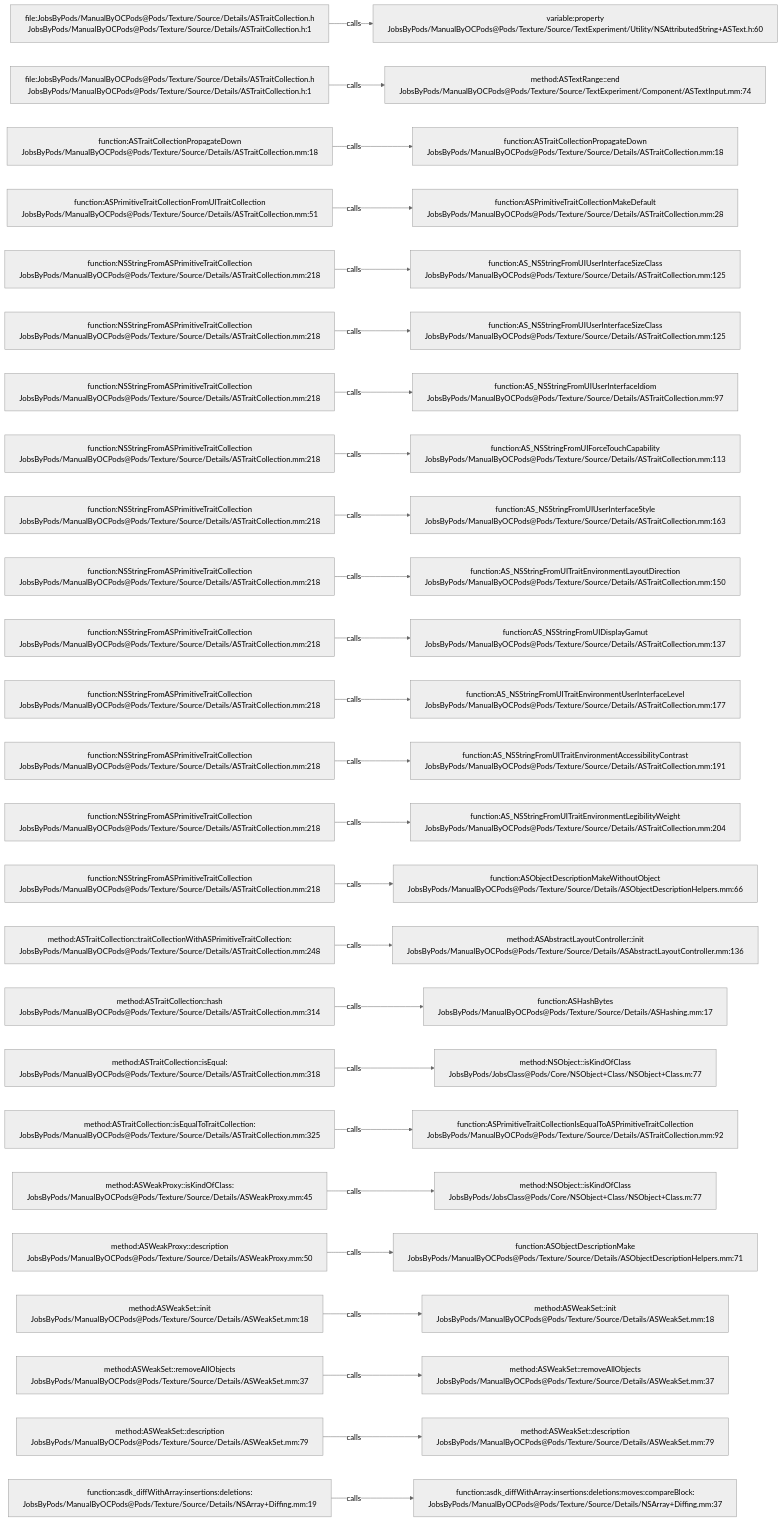
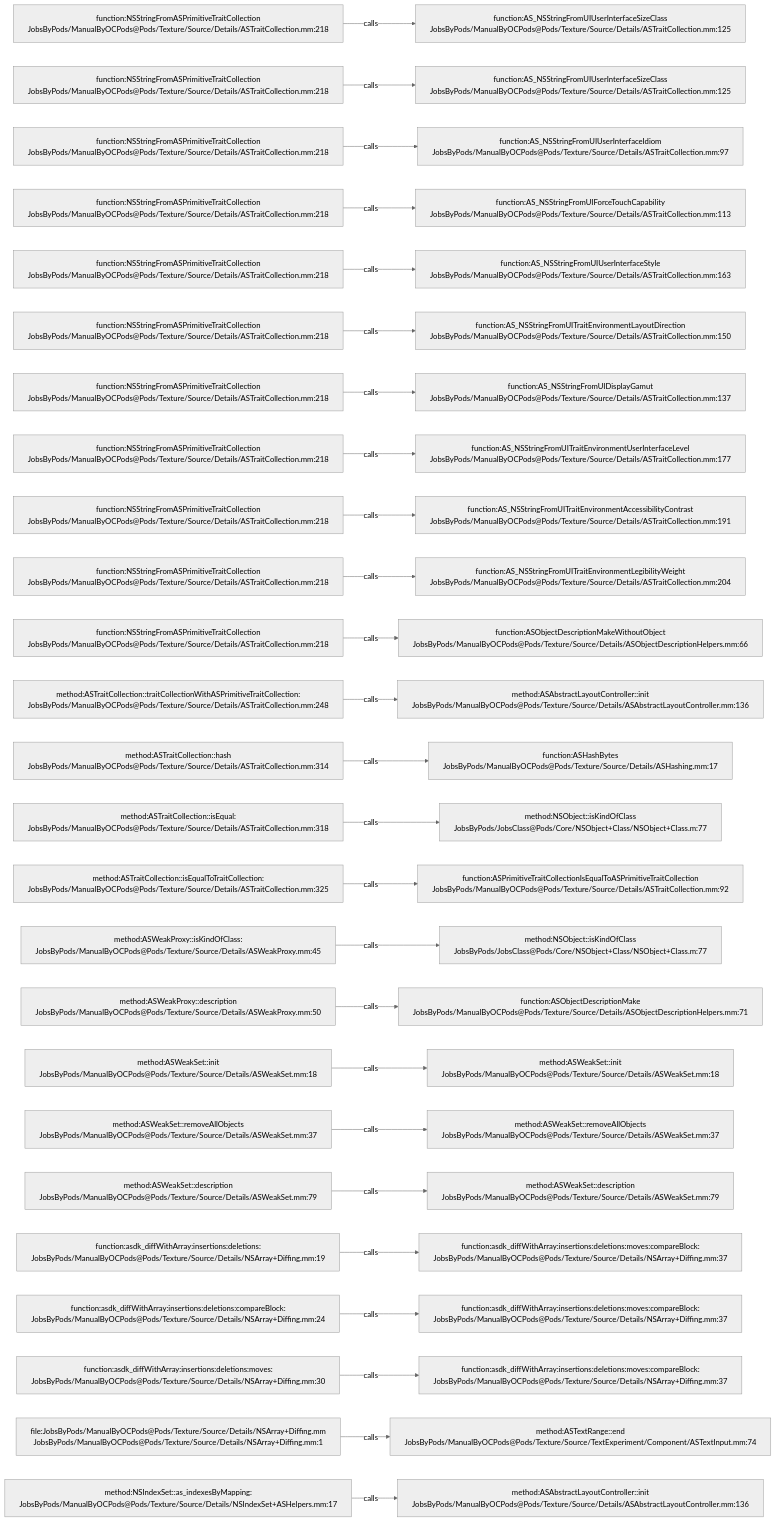
One commit to JobsKits/JobsOCBaseConfigDemo changed the diagram in .codegraph/codegraph.md/graphs/calls-165.md. Above: the diagram before and after it, drawn with Mermaid (neutral theme). The commit also changed 727 other files, not shown here.

````diff
--- a/.codegraph/codegraph.md/graphs/calls-165.md
+++ b/.codegraph/codegraph.md/graphs/calls-165.md
@@ -13,78 +13,78 @@
 ```mermaid
 flowchart LR
-  S1["file:JobsByPods/ManualByOCPods@Pods/Texture/Source/Details/ASTraitCollection.h<br/>JobsByPods/ManualByOCPods@Pods/Texture/Source/Details/ASTraitCollection.h:1"]
-  T1["variable:property<br/>JobsByPods/ManualByOCPods@Pods/Texture/Source/TextExperiment/Utility/NSAttributedString+ASText.h:60"]
+  S1["function:NSStringFromASPrimitiveTraitCollection<br/>JobsByPods/ManualByOCPods@Pods/Texture/Source/Details/ASTraitCollection.mm:218"]
+  T1["function:AS_NSStringFromUIUserInterfaceSizeClass<br/>JobsByPods/ManualByOCPods@Pods/Texture/Source/Details/ASTraitCollection.mm:125"]
   S1 -->|calls| T1
-  S2["file:JobsByPods/ManualByOCPods@Pods/Texture/Source/Details/ASTraitCollection.h<br/>JobsByPods/ManualByOCPods@Pods/Texture/Source/Details/ASTraitCollection.h:1"]
-  T2["method:ASTextRange::end<br/>JobsByPods/ManualByOCPods@Pods/Texture/Source/TextExperiment/Component/ASTextInput.mm:74"]
+  S2["function:NSStringFromASPrimitiveTraitCollection<br/>JobsByPods/ManualByOCPods@Pods/Texture/Source/Details/ASTraitCollection.mm:218"]
+  T2["function:AS_NSStringFromUIUserInterfaceSizeClass<br/>JobsByPods/ManualByOCPods@Pods/Texture/Source/Details/ASTraitCollection.mm:125"]
   S2 -->|calls| T2
-  S3["function:ASTraitCollectionPropagateDown<br/>JobsByPods/ManualByOCPods@Pods/Texture/Source/Details/ASTraitCollection.mm:18"]
-  T3["function:ASTraitCollectionPropagateDown<br/>JobsByPods/ManualByOCPods@Pods/Texture/Source/Details/ASTraitCollection.mm:18"]
+  S3["function:NSStringFromASPrimitiveTraitCollection<br/>JobsByPods/ManualByOCPods@Pods/Texture/Source/Details/ASTraitCollection.mm:218"]
+  T3["function:AS_NSStringFromUIUserInterfaceIdiom<br/>JobsByPods/ManualByOCPods@Pods/Texture/Source/Details/ASTraitCollection.mm:97"]
   S3 -->|calls| T3
-  S4["function:ASPrimitiveTraitCollectionFromUITraitCollection<br/>JobsByPods/ManualByOCPods@Pods/Texture/Source/Details/ASTraitCollection.mm:51"]
-  T4["function:ASPrimitiveTraitCollectionMakeDefault<br/>JobsByPods/ManualByOCPods@Pods/Texture/Source/Details/ASTraitCollection.mm:28"]
+  S4["function:NSStringFromASPrimitiveTraitCollection<br/>JobsByPods/ManualByOCPods@Pods/Texture/Source/Details/ASTraitCollection.mm:218"]
+  T4["function:AS_NSStringFromUIForceTouchCapability<br/>JobsByPods/ManualByOCPods@Pods/Texture/Source/Details/ASTraitCollection.mm:113"]
   S4 -->|calls| T4
   S5["function:NSStringFromASPrimitiveTraitCollection<br/>JobsByPods/ManualByOCPods@Pods/Texture/Source/Details/ASTraitCollection.mm:218"]
-  T5["function:AS_NSStringFromUIUserInterfaceSizeClass<br/>JobsByPods/ManualByOCPods@Pods/Texture/Source/Details/ASTraitCollection.mm:125"]
+  T5["function:AS_NSStringFromUIUserInterfaceStyle<br/>JobsByPods/ManualByOCPods@Pods/Texture/Source/Details/ASTraitCollection.mm:163"]
   S5 -->|calls| T5
   S6["function:NSStringFromASPrimitiveTraitCollection<br/>JobsByPods/ManualByOCPods@Pods/Texture/Source/Details/ASTraitCollection.mm:218"]
-  T6["function:AS_NSStringFromUIUserInterfaceSizeClass<br/>JobsByPods/ManualByOCPods@Pods/Texture/Source/Details/ASTraitCollection.mm:125"]
+  T6["function:AS_NSStringFromUITraitEnvironmentLayoutDirection<br/>JobsByPods/ManualByOCPods@Pods/Texture/Source/Details/ASTraitCollection.mm:150"]
   S6 -->|calls| T6
   S7["function:NSStringFromASPrimitiveTraitCollection<br/>JobsByPods/ManualByOCPods@Pods/Texture/Source/Details/ASTraitCollection.mm:218"]
-  T7["function:AS_NSStringFromUIUserInterfaceIdiom<br/>JobsByPods/ManualByOCPods@Pods/Texture/Source/Details/ASTraitCollection.mm:97"]
+  T7["function:AS_NSStringFromUIDisplayGamut<br/>JobsByPods/ManualByOCPods@Pods/Texture/Source/Details/ASTraitCollection.mm:137"]
   S7 -->|calls| T7
   S8["function:NSStringFromASPrimitiveTraitCollection<br/>JobsByPods/ManualByOCPods@Pods/Texture/Source/Details/ASTraitCollection.mm:218"]
-  T8["function:AS_NSStringFromUIForceTouchCapability<br/>JobsByPods/ManualByOCPods@Pods/Texture/Source/Details/ASTraitCollection.mm:113"]
+  T8["function:AS_NSStringFromUITraitEnvironmentUserInterfaceLevel<br/>JobsByPods/ManualByOCPods@Pods/Texture/Source/Details/ASTraitCollection.mm:177"]
   S8 -->|calls| T8
   S9["function:NSStringFromASPrimitiveTraitCollection<br/>JobsByPods/ManualByOCPods@Pods/Texture/Source/Details/ASTraitCollection.mm:218"]
-  T9["function:AS_NSStringFromUIUserInterfaceStyle<br/>JobsByPods/ManualByOCPods@Pods/Texture/Source/Details/ASTraitCollection.mm:163"]
+  T9["function:AS_NSStringFromUITraitEnvironmentAccessibilityContrast<br/>JobsByPods/ManualByOCPods@Pods/Texture/Source/Details/ASTraitCollection.mm:191"]
   S9 -->|calls| T9
   S10["function:NSStringFromASPrimitiveTraitCollection<br/>JobsByPods/ManualByOCPods@Pods/Texture/Source/Details/ASTraitCollection.mm:218"]
-  T10["function:AS_NSStringFromUITraitEnvironmentLayoutDirection<br/>JobsByPods/ManualByOCPods@Pods/Texture/Source/Details/ASTraitCollection.mm:150"]
+  T10["function:AS_NSStringFromUITraitEnvironmentLegibilityWeight<br/>JobsByPods/ManualByOCPods@Pods/Texture/Source/Details/ASTraitCollection.mm:204"]
   S10 -->|calls| T10
   S11["function:NSStringFromASPrimitiveTraitCollection<br/>JobsByPods/ManualByOCPods@Pods/Texture/Source/Details/ASTraitCollection.mm:218"]
-  T11["function:AS_NSStringFromUIDisplayGamut<br/>JobsByPods/ManualByOCPods@Pods/Texture/Source/Details/ASTraitCollection.mm:137"]
+  T11["function:ASObjectDescriptionMakeWithoutObject<br/>JobsByPods/ManualByOCPods@Pods/Texture/Source/Details/ASObjectDescriptionHelpers.mm:66"]
   S11 -->|calls| T11
-  S12["function:NSStringFromASPrimitiveTraitCollection<br/>JobsByPods/ManualByOCPods@Pods/Texture/Source/Details/ASTraitCollection.mm:218"]
-  T12["function:AS_NSStringFromUITraitEnvironmentUserInterfaceLevel<br/>JobsByPods/ManualByOCPods@Pods/Texture/Source/Details/ASTraitCollection.mm:177"]
+  S12["method:ASTraitCollection::traitCollectionWithASPrimitiveTraitCollection:<br/>JobsByPods/ManualByOCPods@Pods/Texture/Source/Details/ASTraitCollection.mm:248"]
+  T12["method:ASAbstractLayoutController::init<br/>JobsByPods/ManualByOCPods@Pods/Texture/Source/Details/ASAbstractLayoutController.mm:136"]
   S12 -->|calls| T12
-  S13["function:NSStringFromASPrimitiveTraitCollection<br/>JobsByPods/ManualByOCPods@Pods/Texture/Source/Details/ASTraitCollection.mm:218"]
-  T13["function:AS_NSStringFromUITraitEnvironmentAccessibilityContrast<br/>JobsByPods/ManualByOCPods@Pods/Texture/Source/Details/ASTraitCollection.mm:191"]
+  S13["method:ASTraitCollection::hash<br/>JobsByPods/ManualByOCPods@Pods/Texture/Source/Details/ASTraitCollection.mm:314"]
+  T13["function:ASHashBytes<br/>JobsByPods/ManualByOCPods@Pods/Texture/Source/Details/ASHashing.mm:17"]
   S13 -->|calls| T13
-  S14["function:NSStringFromASPrimitiveTraitCollection<br/>JobsByPods/ManualByOCPods@Pods/Texture/Source/Details/ASTraitCollection.mm:218"]
-  T14["function:AS_NSStringFromUITraitEnvironmentLegibilityWeight<br/>JobsByPods/ManualByOCPods@Pods/Texture/Source/Details/ASTraitCollection.mm:204"]
+  S14["method:ASTraitCollection::isEqual:<br/>JobsByPods/ManualByOCPods@Pods/Texture/Source/Details/ASTraitCollection.mm:318"]
+  T14["method:NSObject::isKindOfClass<br/>JobsByPods/JobsClass@Pods/Core/NSObject+Class/NSObject+Class.m:77"]
   S14 -->|calls| T14
-  S15["function:NSStringFromASPrimitiveTraitCollection<br/>JobsByPods/ManualByOCPods@Pods/Texture/Source/Details/ASTraitCollection.mm:218"]
-  T15["function:ASObjectDescriptionMakeWithoutObject<br/>JobsByPods/ManualByOCPods@Pods/Texture/Source/Details/ASObjectDescriptionHelpers.mm:66"]
+  S15["method:ASTraitCollection::isEqualToTraitCollection:<br/>JobsByPods/ManualByOCPods@Pods/Texture/Source/Details/ASTraitCollection.mm:325"]
+  T15["function:ASPrimitiveTraitCollectionIsEqualToASPrimitiveTraitCollection<br/>JobsByPods/ManualByOCPods@Pods/Texture/Source/Details/ASTraitCollection.mm:92"]
   S15 -->|calls| T15
-  S16["method:ASTraitCollection::traitCollectionWithASPrimitiveTraitCollection:<br/>JobsByPods/ManualByOCPods@Pods/Texture/Source/Details/ASTraitCollection.mm:248"]
-  T16["method:ASAbstractLayoutController::init<br/>JobsByPods/ManualByOCPods@Pods/Texture/Source/Details/ASAbstractLayoutController.mm:136"]
+  S16["method:ASWeakProxy::isKindOfClass:<br/>JobsByPods/ManualByOCPods@Pods/Texture/Source/Details/ASWeakProxy.mm:45"]
+  T16["method:NSObject::isKindOfClass<br/>JobsByPods/JobsClass@Pods/Core/NSObject+Class/NSObject+Class.m:77"]
   S16 -->|calls| T16
-  S17["method:ASTraitCollection::hash<br/>JobsByPods/ManualByOCPods@Pods/Texture/Source/Details/ASTraitCollection.mm:314"]
-  T17["function:ASHashBytes<br/>JobsByPods/ManualByOCPods@Pods/Texture/Source/Details/ASHashing.mm:17"]
+  S17["method:ASWeakProxy::description<br/>JobsByPods/ManualByOCPods@Pods/Texture/Source/Details/ASWeakProxy.mm:50"]
+  T17["function:ASObjectDescriptionMake<br/>JobsByPods/ManualByOCPods@Pods/Texture/Source/Details/ASObjectDescriptionHelpers.mm:71"]
   S17 -->|calls| T17
-  S18["method:ASTraitCollection::isEqual:<br/>JobsByPods/ManualByOCPods@Pods/Texture/Source/Details/ASTraitCollection.mm:318"]
-  T18["method:NSObject::isKindOfClass<br/>JobsByPods/JobsClass@Pods/Core/NSObject+Class/NSObject+Class.m:77"]
+  S18["method:ASWeakSet::init<br/>JobsByPods/ManualByOCPods@Pods/Texture/Source/Details/ASWeakSet.mm:18"]
+  T18["method:ASWeakSet::init<br/>JobsByPods/ManualByOCPods@Pods/Texture/Source/Details/ASWeakSet.mm:18"]
   S18 -->|calls| T18
-  S19["method:ASTraitCollection::isEqualToTraitCollection:<br/>JobsByPods/ManualByOCPods@Pods/Texture/Source/Details/ASTraitCollection.mm:325"]
-  T19["function:ASPrimitiveTraitCollectionIsEqualToASPrimitiveTraitCollection<br/>JobsByPods/ManualByOCPods@Pods/Texture/Source/Details/ASTraitCollection.mm:92"]
+  S19["method:ASWeakSet::removeAllObjects<br/>JobsByPods/ManualByOCPods@Pods/Texture/Source/Details/ASWeakSet.mm:37"]
+  T19["method:ASWeakSet::removeAllObjects<br/>JobsByPods/ManualByOCPods@Pods/Texture/Source/Details/ASWeakSet.mm:37"]
   S19 -->|calls| T19
-  S20["method:ASWeakProxy::isKindOfClass:<br/>JobsByPods/ManualByOCPods@Pods/Texture/Source/Details/ASWeakProxy.mm:45"]
-  T20["method:NSObject::isKindOfClass<br/>JobsByPods/JobsClass@Pods/Core/NSObject+Class/NSObject+Class.m:77"]
+  S20["method:ASWeakSet::description<br/>JobsByPods/ManualByOCPods@Pods/Texture/Source/Details/ASWeakSet.mm:79"]
+  T20["method:ASWeakSet::description<br/>JobsByPods/ManualByOCPods@Pods/Texture/Source/Details/ASWeakSet.mm:79"]
   S20 -->|calls| T20
-  S21["method:ASWeakProxy::description<br/>JobsByPods/ManualByOCPods@Pods/Texture/Source/Details/ASWeakProxy.mm:50"]
-  T21["function:ASObjectDescriptionMake<br/>JobsByPods/ManualByOCPods@Pods/Texture/Source/Details/ASObjectDescriptionHelpers.mm:71"]
+  S21["function:asdk_diffWithArray:insertions:deletions:<br/>JobsByPods/ManualByOCPods@Pods/Texture/Source/Details/NSArray+Diffing.mm:19"]
+  T21["function:asdk_diffWithArray:insertions:deletions:moves:compareBlock:<br/>JobsByPods/ManualByOCPods@Pods/Texture/Source/Details/NSArray+Diffing.mm:37"]
   S21 -->|calls| T21
-  S22["method:ASWeakSet::init<br/>JobsByPods/ManualByOCPods@Pods/Texture/Source/Details/ASWeakSet.mm:18"]
-  T22["method:ASWeakSet::init<br/>JobsByPods/ManualByOCPods@Pods/Texture/Source/Details/ASWeakSet.mm:18"]
+  S22["function:asdk_diffWithArray:insertions:deletions:compareBlock:<br/>JobsByPods/ManualByOCPods@Pods/Texture/Source/Details/NSArray+Diffing.mm:24"]
+  T22["function:asdk_diffWithArray:insertions:deletions:moves:compareBlock:<br/>JobsByPods/ManualByOCPods@Pods/Texture/Source/Details/NSArray+Diffing.mm:37"]
   S22 -->|calls| T22
-  S23["method:ASWeakSet::removeAllObjects<br/>JobsByPods/ManualByOCPods@Pods/Texture/Source/Details/ASWeakSet.mm:37"]
-  T23["method:ASWeakSet::removeAllObjects<br/>JobsByPods/ManualByOCPods@Pods/Texture/Source/Details/ASWeakSet.mm:37"]
+  S23["function:asdk_diffWithArray:insertions:deletions:moves:<br/>JobsByPods/ManualByOCPods@Pods/Texture/Source/Details/NSArray+Diffing.mm:30"]
+  T23["function:asdk_diffWithArray:insertions:deletions:moves:compareBlock:<br/>JobsByPods/ManualByOCPods@Pods/Texture/Source/Details/NSArray+Diffing.mm:37"]
   S23 -->|calls| T23
-  S24["method:ASWeakSet::description<br/>JobsByPods/ManualByOCPods@Pods/Texture/Source/Details/ASWeakSet.mm:79"]
-  T24["method:ASWeakSet::description<br/>JobsByPods/ManualByOCPods@Pods/Texture/Source/Details/ASWeakSet.mm:79"]
+  S24["file:JobsByPods/ManualByOCPods@Pods/Texture/Source/Details/NSArray+Diffing.mm<br/>JobsByPods/ManualByOCPods@Pods/Texture/Source/Details/NSArray+Diffing.mm:1"]
+  T24["method:ASTextRange::end<br/>JobsByPods/ManualByOCPods@Pods/Texture/Source/TextExperiment/Component/ASTextInput.mm:74"]
   S24 -->|calls| T24
-  S25["function:asdk_diffWithArray:insertions:deletions:<br/>JobsByPods/ManualByOCPods@Pods/Texture/Source/Details/NSArray+Diffing.mm:19"]
-  T25["function:asdk_diffWithArray:insertions:deletions:moves:compareBlock:<br/>JobsByPods/ManualByOCPods@Pods/Texture/Source/Details/NSArray+Diffing.mm:37"]
+  S25["method:NSIndexSet::as_indexesByMapping:<br/>JobsByPods/ManualByOCPods@Pods/Texture/Source/Details/NSIndexSet+ASHelpers.mm:17"]
+  T25["method:ASAbstractLayoutController::init<br/>JobsByPods/ManualByOCPods@Pods/Texture/Source/Details/ASAbstractLayoutController.mm:136"]
   S25 -->|calls| T25
 ```
````
